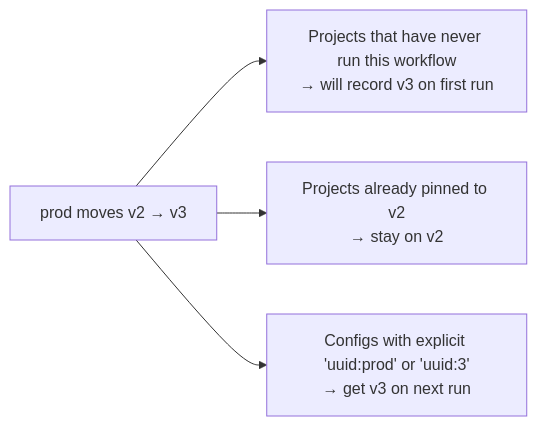
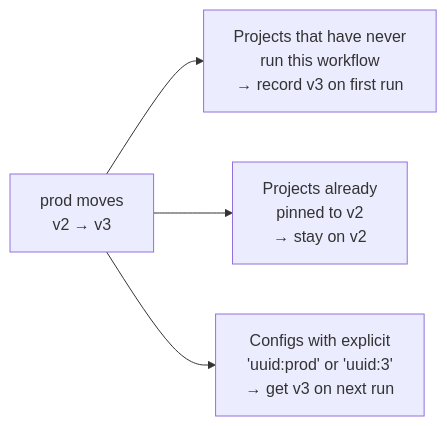
Before and after one commit to NGS360/APIServer: the third of 9 diagrams in docs/WORKFLOWS_AND_PIPELINES.md, drawn with Mermaid. The commit also changed other lines of this file, not shown here.

````diff
--- a/docs/WORKFLOWS_AND_PIPELINES.md
+++ b/docs/WORKFLOWS_AND_PIPELINES.md
@@ -105,6 +106,7 @@
 ```mermaid
+%%{init: {"flowchart": {"wrappingWidth": 400}}}%%
 flowchart LR
-    M["prod moves v2 → v3"] --> N["Projects that have never run this workflow<br/>→ will record v3 on first run"]
-    M --> E["Projects already pinned to v2<br/>→ stay on v2"]
-    M --> X["Configs with explicit 'uuid:prod' or 'uuid:3'<br/>→ get v3 on next run"]
+    M["prod moves<br/>v2 → v3"] --> N["Projects that have never<br/>run this workflow<br/>→ record v3 on first run"]
+    M --> E["Projects already<br/>pinned to v2<br/>→ stay on v2"]
+    M --> X["Configs with explicit<br/>'uuid:prod' or 'uuid:3'<br/>→ get v3 on next run"]
 ```
````
